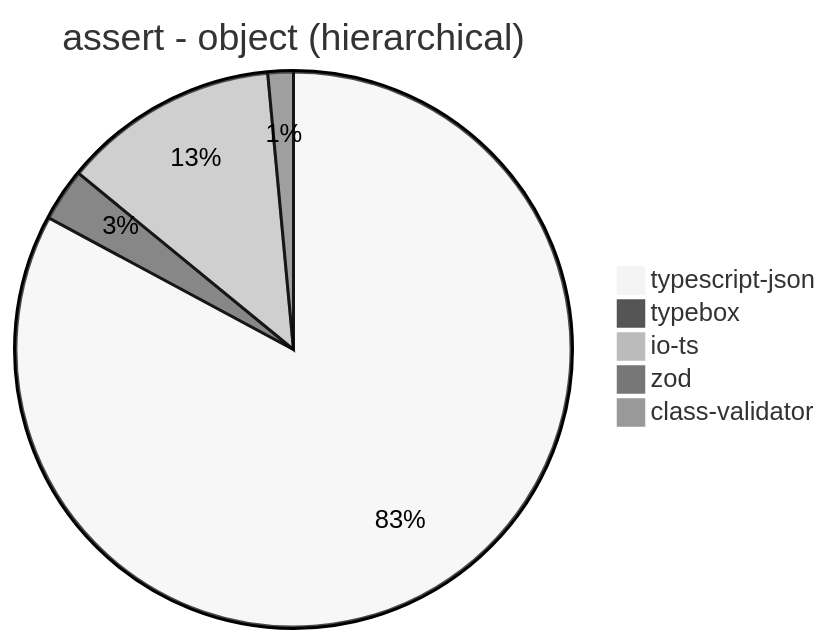
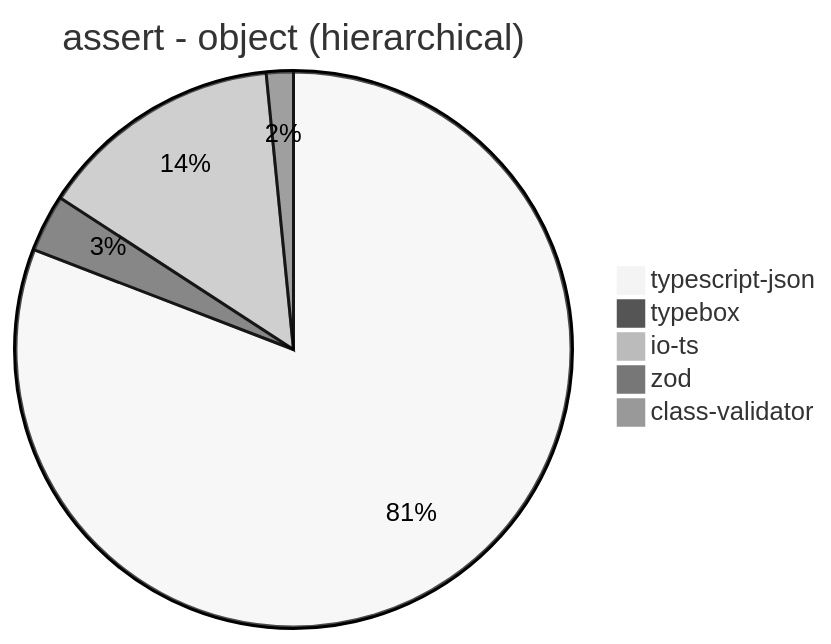
Before and after one commit to samchon/typia: the ninth of 39 diagrams in benchmark/results/11th Gen Intel(R) Core(TM) i5-1135G7 @ 2.40GHz.md, drawn with Mermaid (neutral theme). The commit also changed other lines of this file and 7 other files, not shown here.

````diff
--- a/benchmark/results/11th Gen Intel(R) Core(TM) i5-1135G7 @ 2.40GHz.md
+++ b/benchmark/results/11th Gen Intel(R) Core(TM) i5-1135G7 @ 2.40GHz.md
@@ -126,8 +126,8 @@
 ```mermaid
 pie title assert - object (hierarchical)
-  "typescript-json": 22107.07669507225
-  "typebox": 821.2906784335356
-  "io-ts": 3357.6873024725787
-  "zod": 395.8333333333333
-  "class-validator": 63.68140943292347
+  "typescript-json": 21204.397981254508
+  "typebox": 874.0430185927817
+  "io-ts": 3738.760407030527
+  "zod": 411.9200301772916
+  "class-validator": 63.348416289592755
 ```
````
